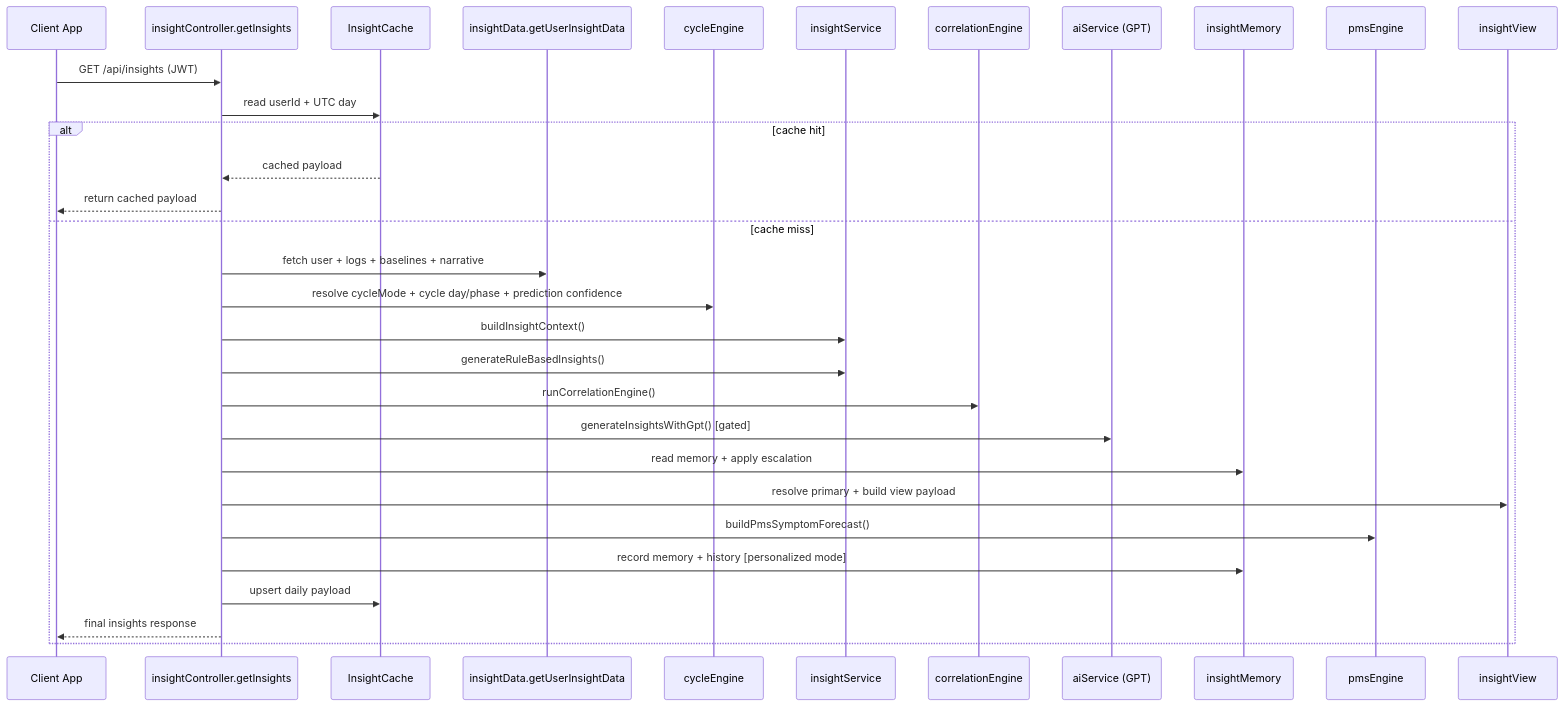
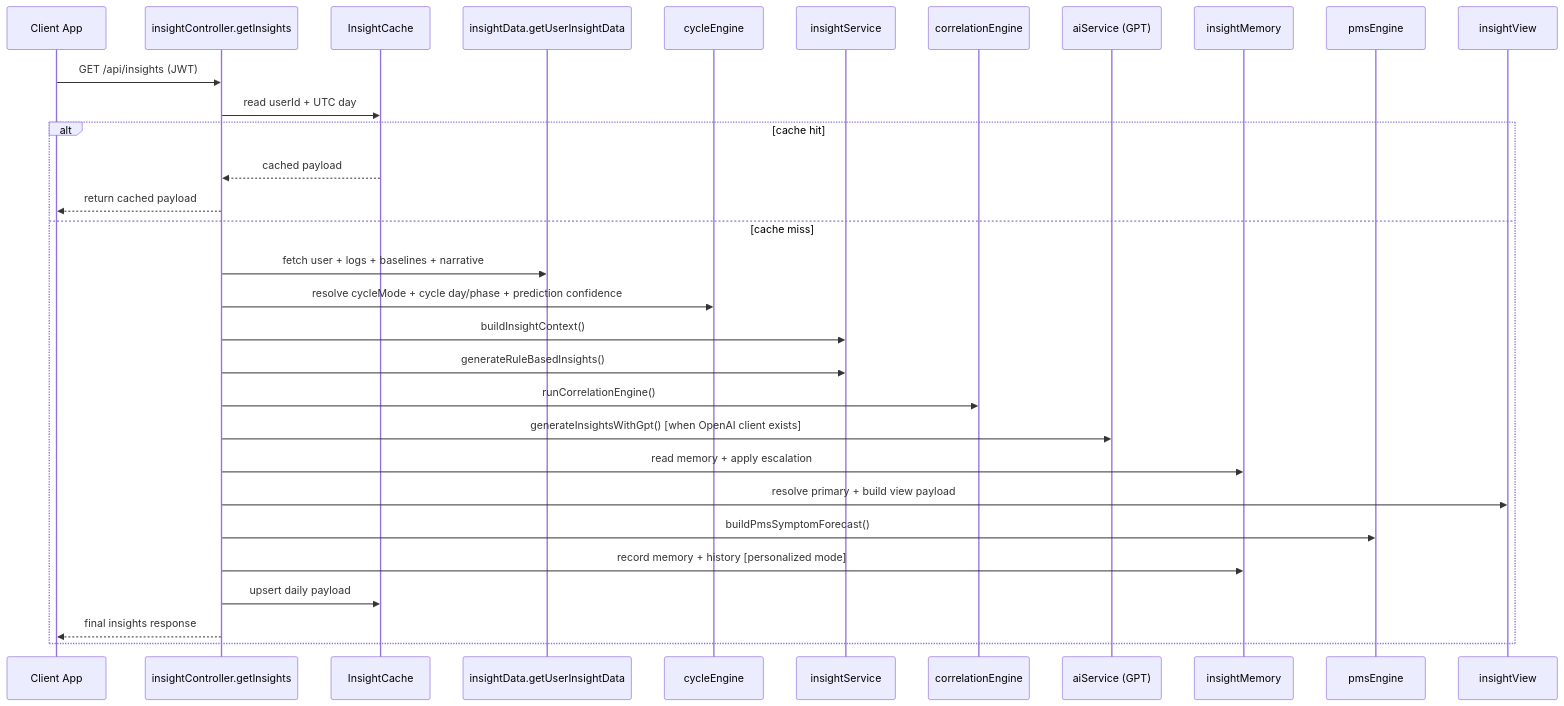
One commit to abhirajsinha/vyana-backend changed the first of 2 diagrams in INSIGHTS_FLOW_DETAILED.md. Above: the diagram before and after it, drawn with Mermaid. The commit also changed other lines of this file and 4 other files, not shown here.

````diff
--- a/INSIGHTS_FLOW_DETAILED.md
+++ b/INSIGHTS_FLOW_DETAILED.md
@@ -44,34 +44,34 @@
 ```mermaid
 sequenceDiagram
   participant App as Client App
   participant IC as insightController.getInsights
   participant Cache as InsightCache
   participant Data as insightData.getUserInsightData
   participant Cycle as cycleEngine
   participant Engine as insightService
   participant Corr as correlationEngine
   participant AI as aiService (GPT)
   participant Mem as insightMemory
   participant PMS as pmsEngine
   participant View as insightView
 
   App->>IC: GET /api/insights (JWT)
   IC->>Cache: read userId + UTC day
   alt cache hit
     Cache-->>IC: cached payload
     IC-->>App: return cached payload
   else cache miss
     IC->>Data: fetch user + logs + baselines + narrative
     IC->>Cycle: resolve cycleMode + cycle day/phase + prediction confidence
     IC->>Engine: buildInsightContext()
     IC->>Engine: generateRuleBasedInsights()
     IC->>Corr: runCorrelationEngine()
-    IC->>AI: generateInsightsWithGpt() [gated]
+    IC->>AI: generateInsightsWithGpt() [when OpenAI client exists]
     IC->>Mem: read memory + apply escalation
     IC->>View: resolve primary + build view payload
     IC->>PMS: buildPmsSymptomForecast()
     IC->>Mem: record memory + history [personalized mode]
     IC->>Cache: upsert daily payload
     IC-->>App: final insights response
   end
 ```
````
